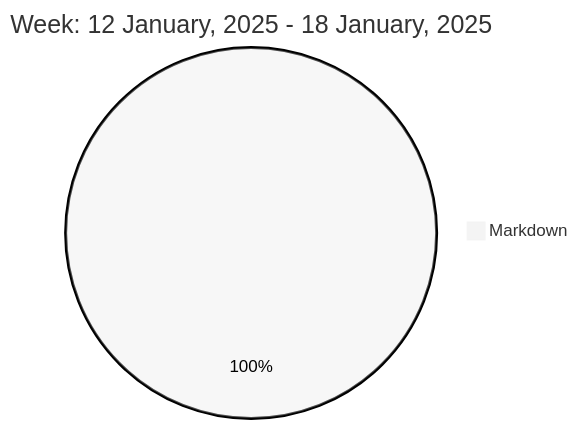
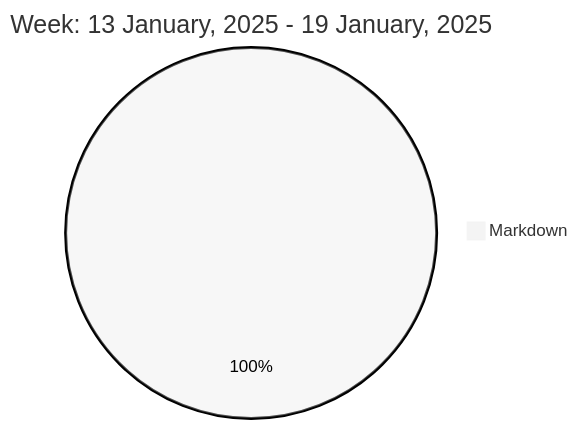
One commit to liubin95/liubin95 changed the diagram in README.md. Above: the diagram before and after it, drawn with Mermaid (neutral theme).

Commit message:
Updated the Graph with new Metrics

````diff
--- a/README.md
+++ b/README.md
@@ -37,5 +37,5 @@
 ```mermaid
  pie
-title Week: 12 January, 2025 - 18 January, 2025
+title Week: 13 January, 2025 - 19 January, 2025
  "Markdown" : 2.72
 ```
````
